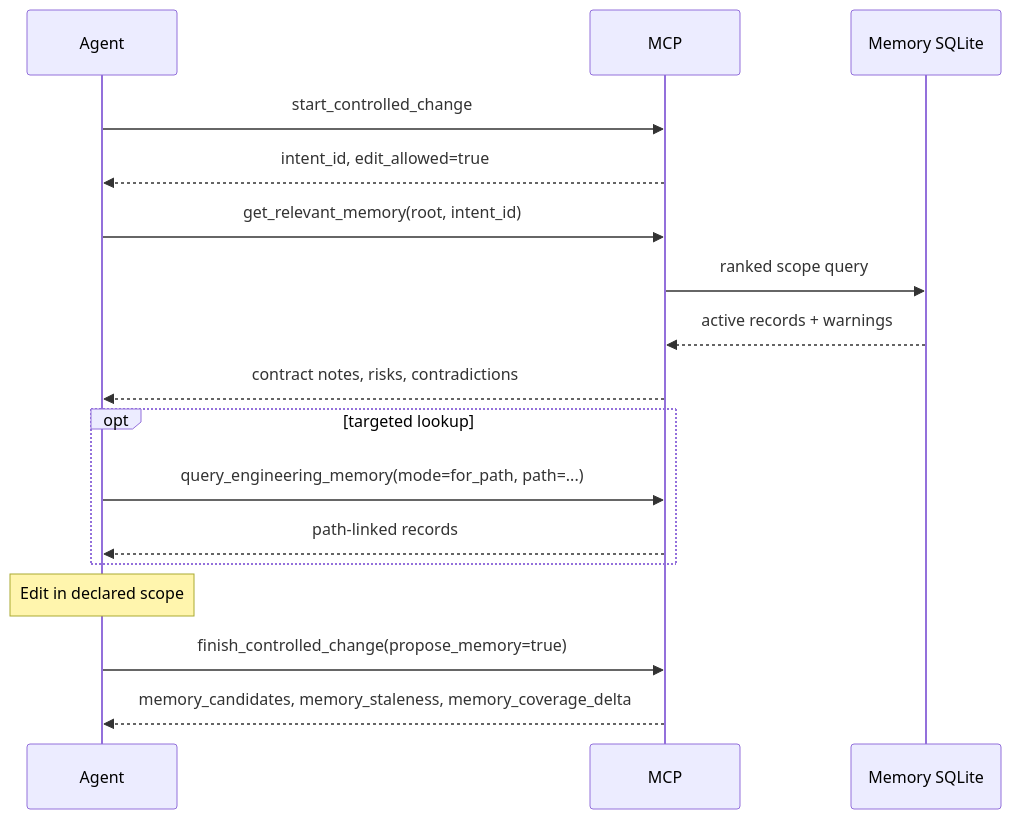
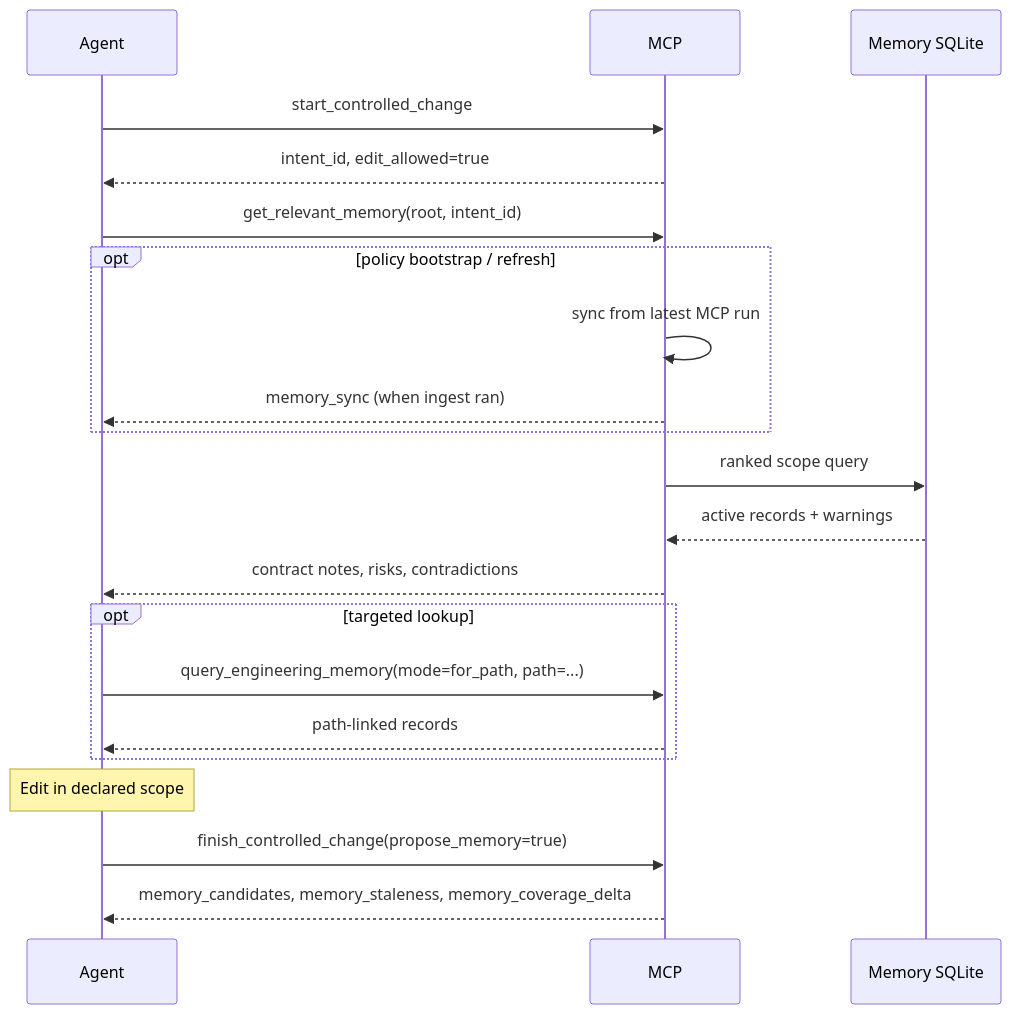
Before and after one commit to orenlab/codeclone: the fifth of 6 diagrams in docs/mcp.md, drawn with Mermaid. The commit also changed other lines of this file and 51 other files, not shown here.

First line of the commit message:
feat(memory,mcp): MCP memory sync and retrieval governance polish

````diff
--- a/docs/mcp.md
+++ b/docs/mcp.md
@@ -396,20 +409,24 @@
 ```mermaid
 sequenceDiagram
     participant A as Agent
     participant M as MCP
     participant DB as Memory SQLite
 
     A->>M: start_controlled_change
     M-->>A: intent_id, edit_allowed=true
     A->>M: get_relevant_memory(root, intent_id)
+    opt policy bootstrap / refresh
+        M->>M: sync from latest MCP run
+        M-->>A: memory_sync (when ingest ran)
+    end
     M->>DB: ranked scope query
     DB-->>M: active records + warnings
     M-->>A: contract notes, risks, contradictions
     opt targeted lookup
         A->>M: query_engineering_memory(mode=for_path, path=...)
         M-->>A: path-linked records
     end
     Note over A: Edit in declared scope
     A->>M: finish_controlled_change(propose_memory=true)
     M-->>A: memory_candidates, memory_staleness, memory_coverage_delta
 ```
````
